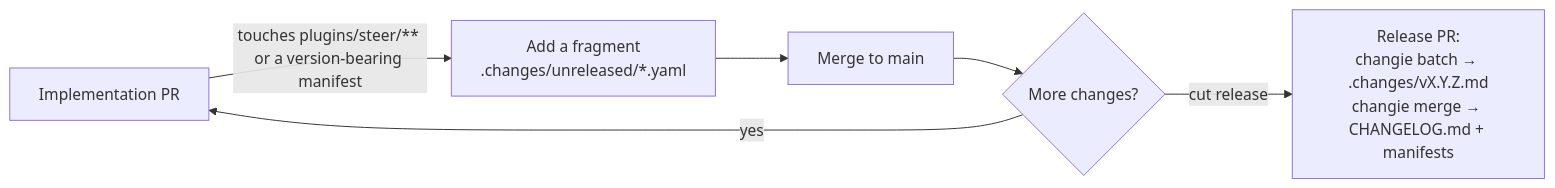
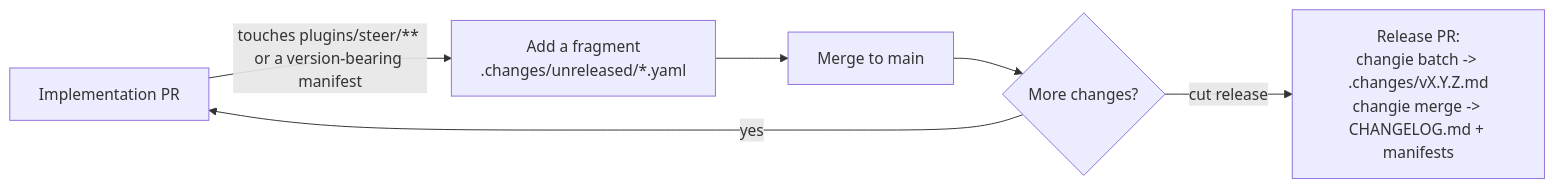
One commit to element22llc/e22-plugins changed the diagram in docs/contributing/release-process.md. Above: the diagram before and after it, drawn with Mermaid. The commit also changed other lines of this file and 608 other files, not shown here.

````diff
--- a/docs/contributing/release-process.md
+++ b/docs/contributing/release-process.md
@@ -9,8 +9,8 @@
 ```mermaid
 flowchart LR
     PR[Implementation PR] -->|touches plugins/steer/** or a version-bearing manifest| ENTRY["Add a fragment<br/>.changes/unreleased/*.yaml"]
     ENTRY --> MERGE[Merge to main]
     MERGE --> REPEAT{More changes?}
     REPEAT -->|yes| PR
-    REPEAT -->|cut release| RELEASE["Release PR:<br/>changie batch → .changes/vX.Y.Z.md<br/>changie merge → CHANGELOG.md + manifests"]
+    REPEAT -->|cut release| RELEASE["Release PR:<br/>changie batch -> .changes/vX.Y.Z.md<br/>changie merge -> CHANGELOG.md + manifests"]
 ```
````
